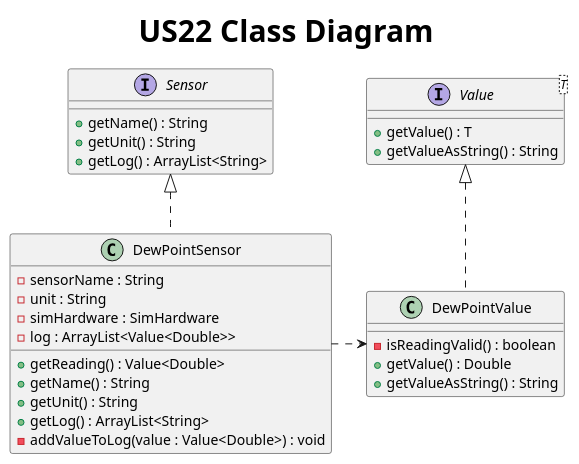
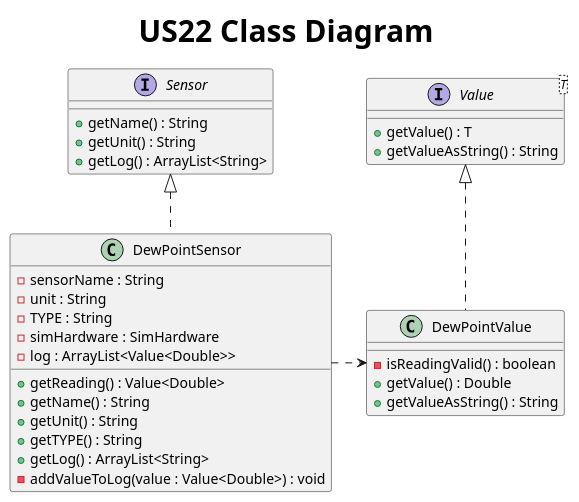
One commit to AfonsoNeves77/smartHouse changed the diagram in Docs/US22/S3U22ClassDIagram.puml. Above: the diagram before and after it, drawn with PlantUML. The commit also changed 1 other file, not shown here.

Commit message:
Added US12 SequenceDiagram and to the US22 the getTYPE method was added.

```diff
--- a/Docs/US22/S3U22ClassDIagram.puml
+++ b/Docs/US22/S3U22ClassDIagram.puml
@@ -1,42 +1,44 @@
 @startuml
 title <size: 30> US22 Class Diagram
 
 '...........REQUIRES VALIDATION !!!!!!!!!!!!'
 
 interface Sensor {
     + getName() : String
     + getUnit() : String
     + getLog() : ArrayList<String>
 }
 
 interface Value<T> {
     + getValue() : T
     + getValueAsString() : String
 }
 
 
 
 class DewPointSensor{
     - sensorName : String
     - unit : String
+    - TYPE : String
     - simHardware : SimHardware
     - log : ArrayList<Value<Double>>
 
     + getReading() : Value<Double>
     + getName() : String
     + getUnit() : String
+    + getTYPE() : String
     + getLog() : ArrayList<String>
     - addValueToLog(value : Value<Double>) : void
 }
 
 class DewPointValue {
     - isReadingValid() : boolean
     + getValue() : Double
     + getValueAsString() : String
 }
 
 Value <|.. DewPointValue
 Sensor <|.. DewPointSensor
 DewPointSensor .right.> DewPointValue
 
 @enduml
```
